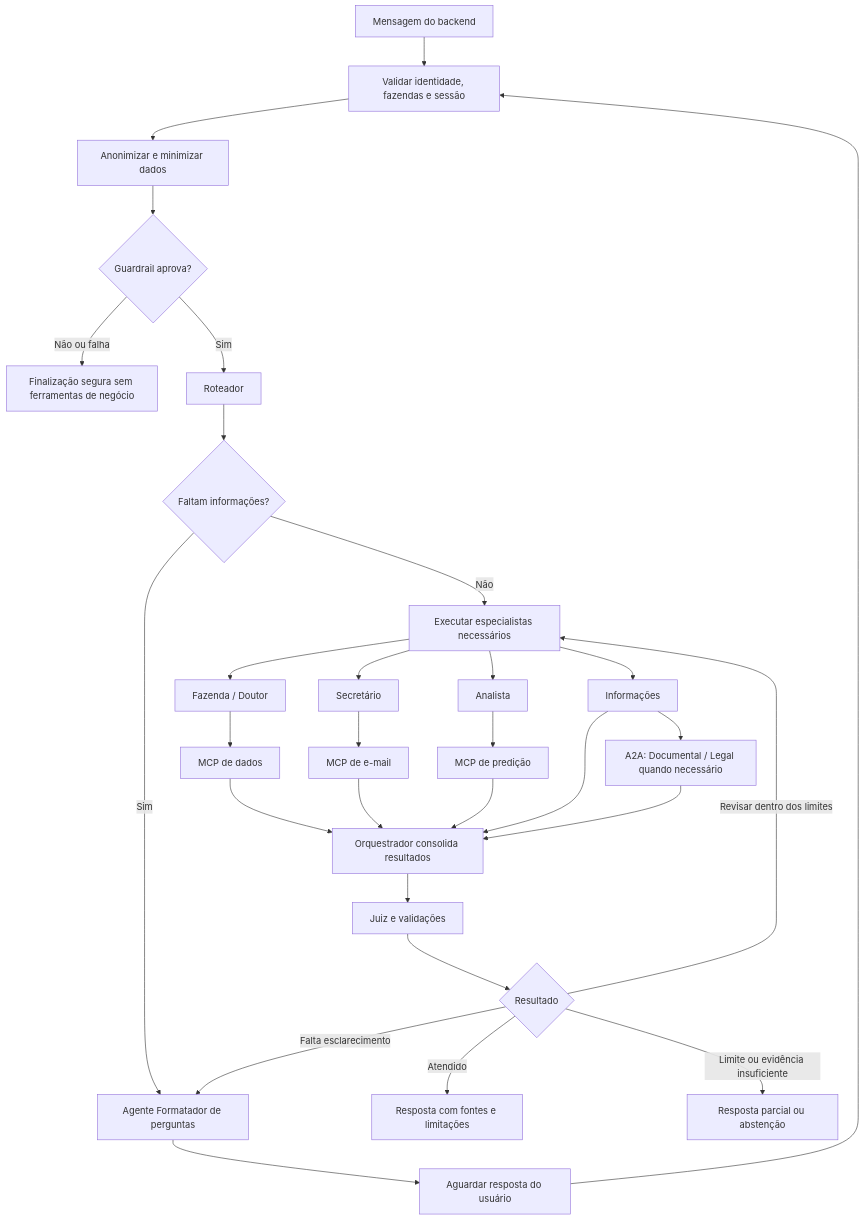
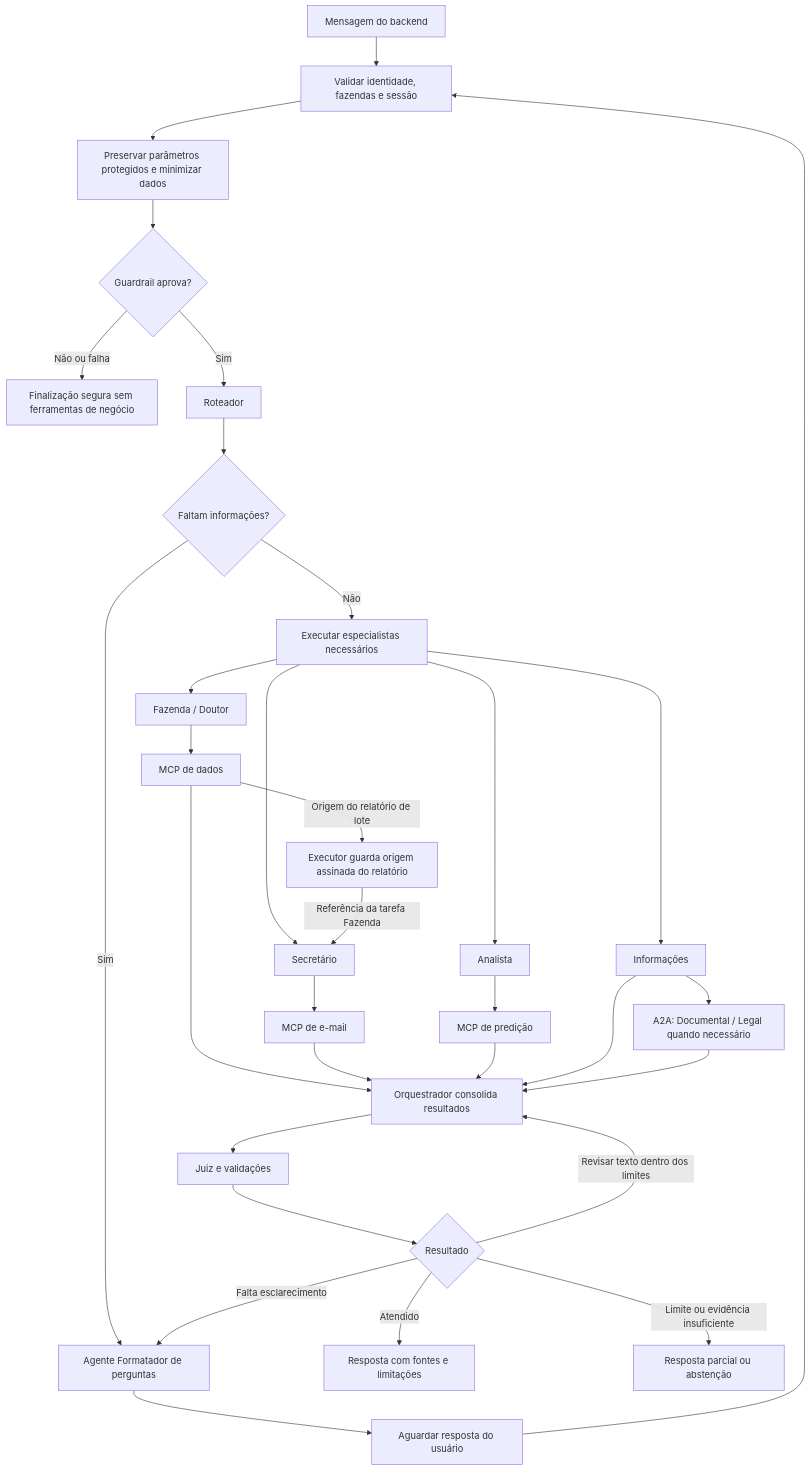
One commit to Argos-app/argos-ai-service changed the diagram in README.md. Above: the diagram before and after it, drawn with Mermaid. The commit also changed other lines of this file and 1 other file, not shown here.

````diff
--- a/README.md
+++ b/README.md
@@ -91,32 +124,34 @@
 ```mermaid
 flowchart TD
     Input[Mensagem do backend] --> Auth[Validar identidade, fazendas e sessão]
-    Auth --> Privacy[Anonimizar e minimizar dados]
+    Auth --> Privacy[Preservar parâmetros protegidos e minimizar dados]
     Privacy --> Guard{Guardrail aprova?}
     Guard -->|Não ou falha| Safe[Finalização segura sem ferramentas de negócio]
     Guard -->|Sim| Route[Roteador]
     Route --> Missing{Faltam informações?}
     Missing -->|Sim| Question[Agente Formatador de perguntas]
     Question --> Wait[Aguardar resposta do usuário]
     Wait --> Auth
     Missing -->|Não| Specialists[Executar especialistas necessários]
     Specialists --> Farm[Fazenda / Doutor]
     Specialists --> Secretary[Secretário]
     Specialists --> Analyst[Analista]
     Specialists --> Info[Informações]
     Farm --> Data[MCP de dados]
     Secretary --> Email[MCP de e-mail]
     Analyst --> Prediction[MCP de predição]
     Info --> A2A[A2A: Documental / Legal quando necessário]
+    Data -->|Origem do relatório de lote| Artifact[Executor guarda origem assinada do relatório]
+    Artifact -->|Referência da tarefa Fazenda| Secretary
     Data --> Merge[Orquestrador consolida resultados]
     Email --> Merge
     Prediction --> Merge
     Info --> Merge
     A2A --> Merge
     Merge --> Judge[Juiz e validações]
     Judge --> Decision{Resultado}
     Decision -->|Atendido| Answer[Resposta com fontes e limitações]
     Decision -->|Falta esclarecimento| Question
-    Decision -->|Revisar dentro dos limites| Specialists
+    Decision -->|Revisar texto dentro dos limites| Merge
     Decision -->|Limite ou evidência insuficiente| Partial[Resposta parcial ou abstenção]
 ```
````
